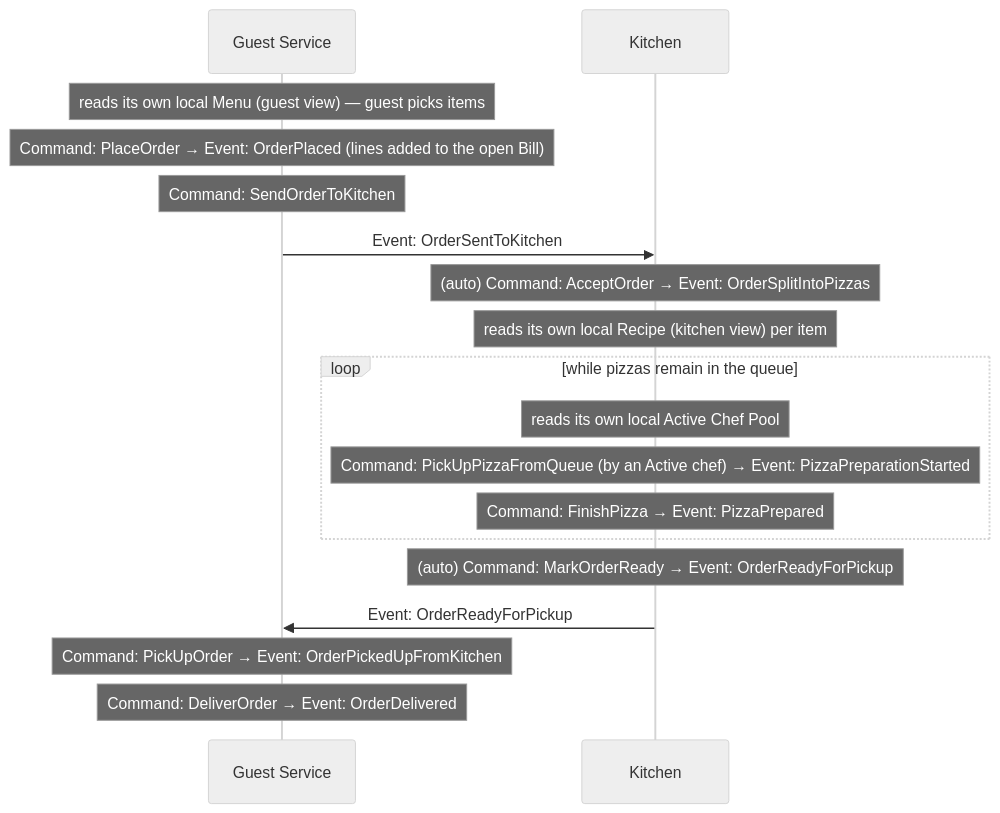
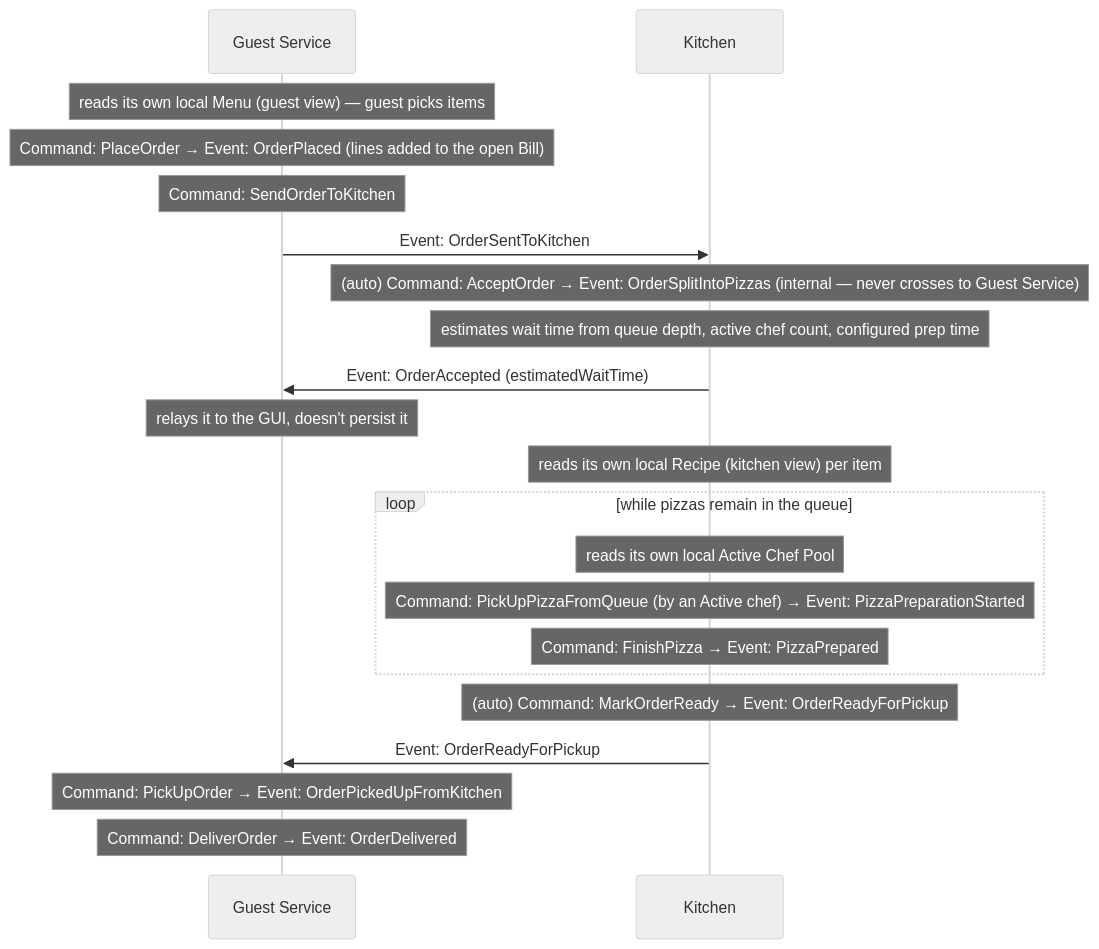
The second of 6 diagrams in doc/05_connect_message_flows.md (mmalessa/pizzeria), drawn with Mermaid (neutral theme) before and after one commit. The commit also changed other lines of this file and 13 other files, not shown here.

Commit message:
Add Code - Guest Service tactical design and clarify domain/integration event terminology

````diff
--- a/doc/05_connect_message_flows.md
+++ b/doc/05_connect_message_flows.md
@@ -78,21 +80,24 @@
 ```mermaid
 sequenceDiagram
     participant GS as Guest Service
     participant K as Kitchen
 
     Note over GS: reads its own local Menu (guest view) — guest picks items
     Note over GS: Command: PlaceOrder → Event: OrderPlaced (lines added to the open Bill)
     Note over GS: Command: SendOrderToKitchen
     GS->>K: Event: OrderSentToKitchen
-    Note over K: (auto) Command: AcceptOrder → Event: OrderSplitIntoPizzas
+    Note over K: (auto) Command: AcceptOrder → Event: OrderSplitIntoPizzas (internal — never crosses to Guest Service)
+    Note over K: estimates wait time from queue depth, active chef count, configured prep time
+    K->>GS: Event: OrderAccepted (estimatedWaitTime)
+    Note over GS: relays it to the GUI, doesn't persist it
     Note over K: reads its own local Recipe (kitchen view) per item
     loop while pizzas remain in the queue
         Note over K: reads its own local Active Chef Pool
         Note over K: Command: PickUpPizzaFromQueue (by an Active chef) → Event: PizzaPreparationStarted
         Note over K: Command: FinishPizza → Event: PizzaPrepared
     end
     Note over K: (auto) Command: MarkOrderReady → Event: OrderReadyForPickup
     K->>GS: Event: OrderReadyForPickup
     Note over GS: Command: PickUpOrder → Event: OrderPickedUpFromKitchen
     Note over GS: Command: DeliverOrder → Event: OrderDelivered
 ```
````
